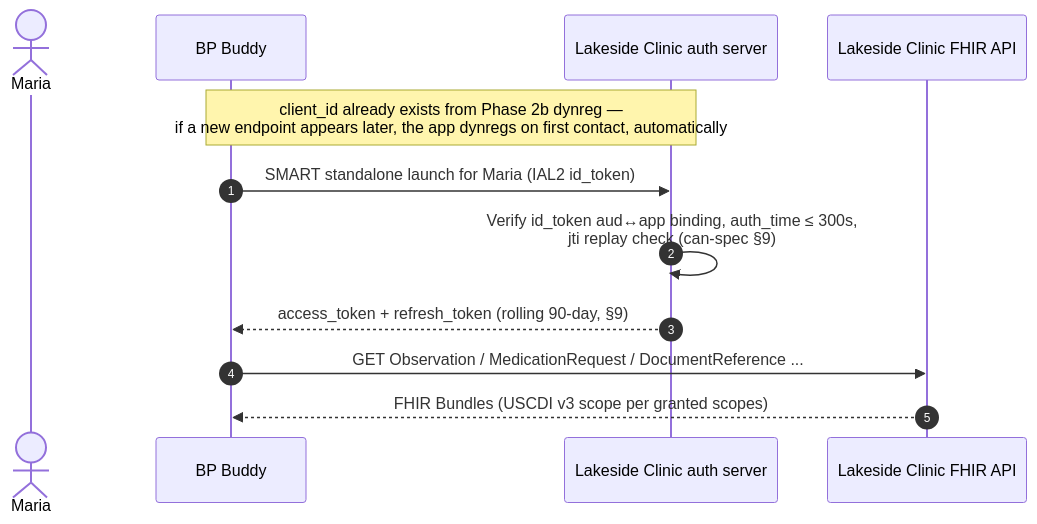
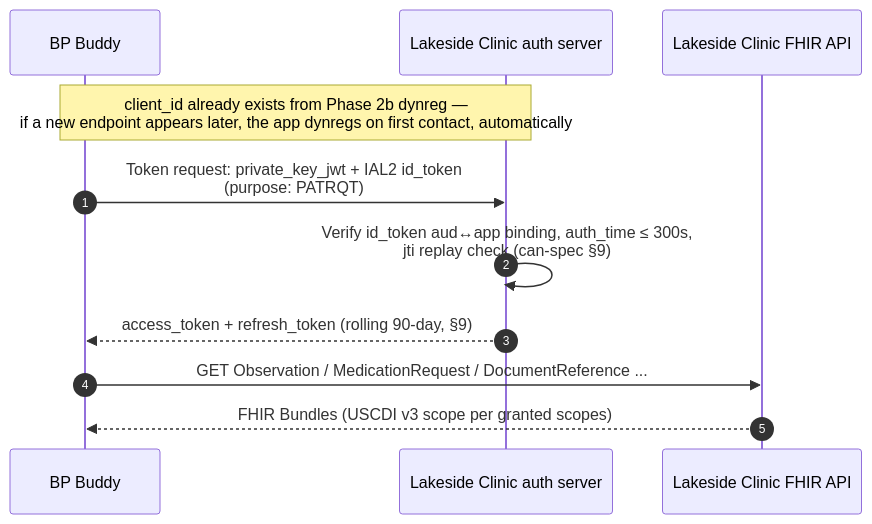
One commit to jmandel/cms-ns changed the eighth of 10 diagrams in app-connectivity-flows.md. Above: the diagram before and after it, drawn with Mermaid. The commit also changed other lines of this file and 1 other file, not shown here.

First line of the commit message:
Fix broken hr/heading, correct SMART claims, de-slop editing pass

````diff
--- a/app-connectivity-flows.md
+++ b/app-connectivity-flows.md
@@ -218,15 +219,14 @@
 ```mermaid
 sequenceDiagram
     autonumber
-    actor Maria
     participant App as BP Buddy
     participant LAS as Lakeside Clinic auth server
     participant LFHIR as Lakeside Clinic FHIR API
 
     Note over App,LAS: client_id already exists from Phase 2b dynreg —<br/>if a new endpoint appears later, the app dynregs on first contact, automatically
-    App->>LAS: SMART standalone launch for Maria (IAL2 id_token)
+    App->>LAS: Token request: private_key_jwt + IAL2 id_token<br/>(purpose: PATRQT)
     LAS->>LAS: Verify id_token aud↔app binding, auth_time ≤ 300s,<br/>jti replay check (can-spec §9)
     LAS-->>App: access_token + refresh_token (rolling 90-day, §9)
     App->>LFHIR: GET Observation / MedicationRequest / DocumentReference ...
     LFHIR-->>App: FHIR Bundles (USCDI v3 scope per granted scopes)
 ```
````
